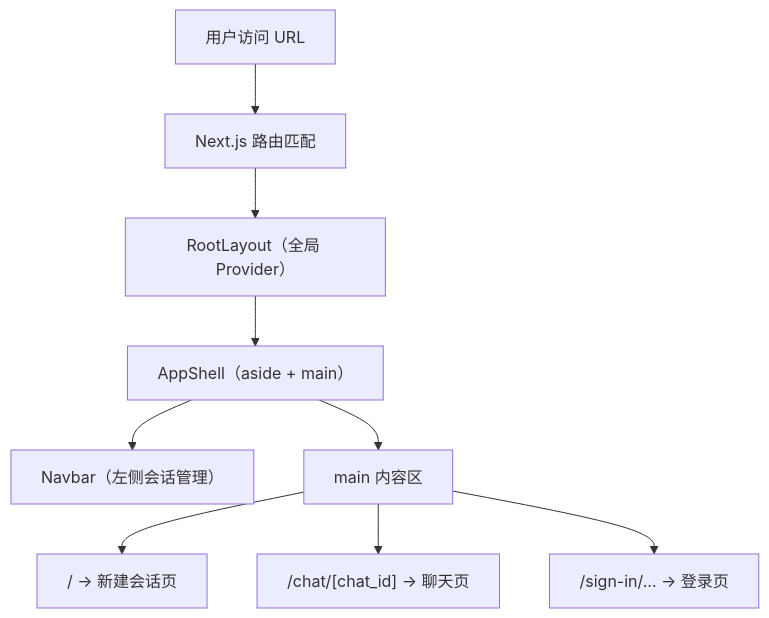
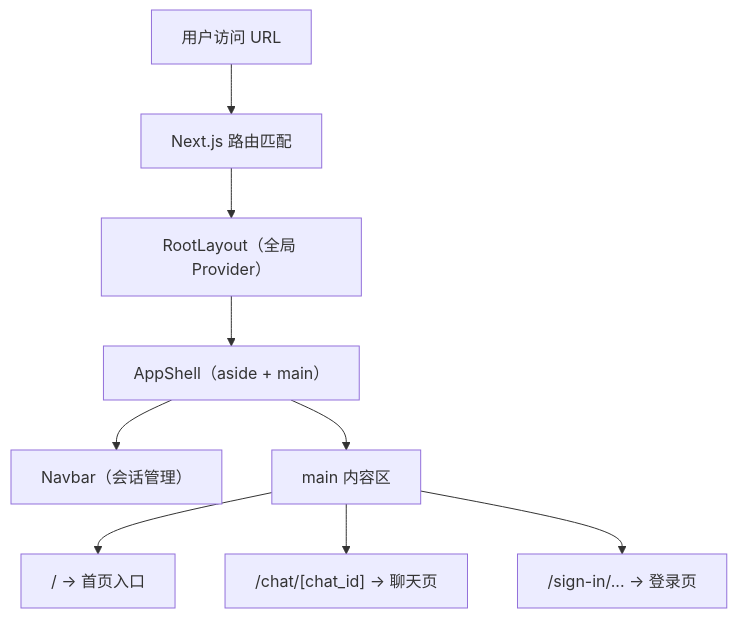
Before and after one commit to alicesainta-sketch/deepscan: the first of 3 diagrams in docs/page-structure.md, drawn with Mermaid. The commit also changed other lines of this file and 4 other files, not shown here.

````diff
--- a/docs/page-structure.md
+++ b/docs/page-structure.md
@@ -7,11 +7,11 @@
 ```mermaid
 flowchart TD
     A["用户访问 URL"] --> B["Next.js 路由匹配"]
     B --> C["RootLayout（全局 Provider）"]
     C --> D["AppShell（aside + main）"]
-    D --> E["Navbar（左侧会话管理）"]
+    D --> E["Navbar（会话管理）"]
     D --> F["main 内容区"]
-    F --> G["/ -> 新建会话页"]
+    F --> G["/ -> 首页入口"]
     F --> H["/chat/[chat_id] -> 聊天页"]
     F --> I["/sign-in/... -> 登录页"]
 ```
````
